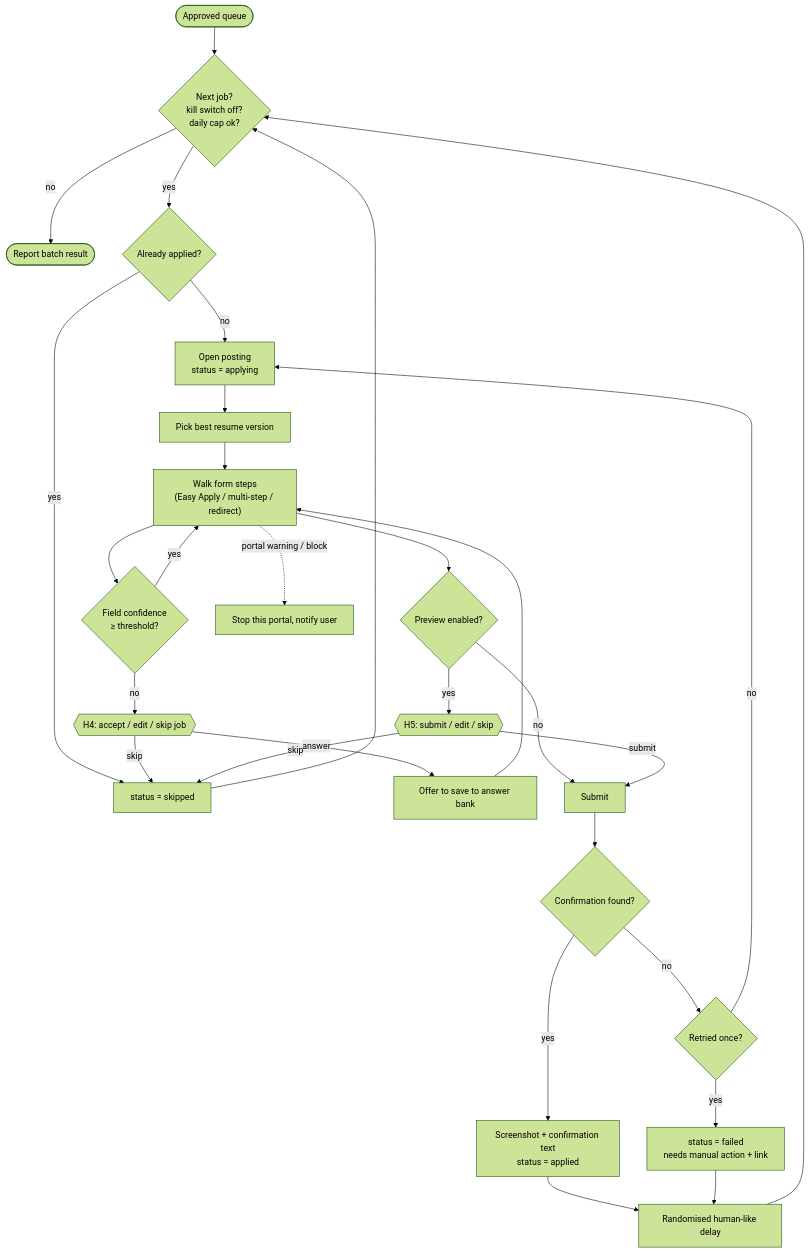
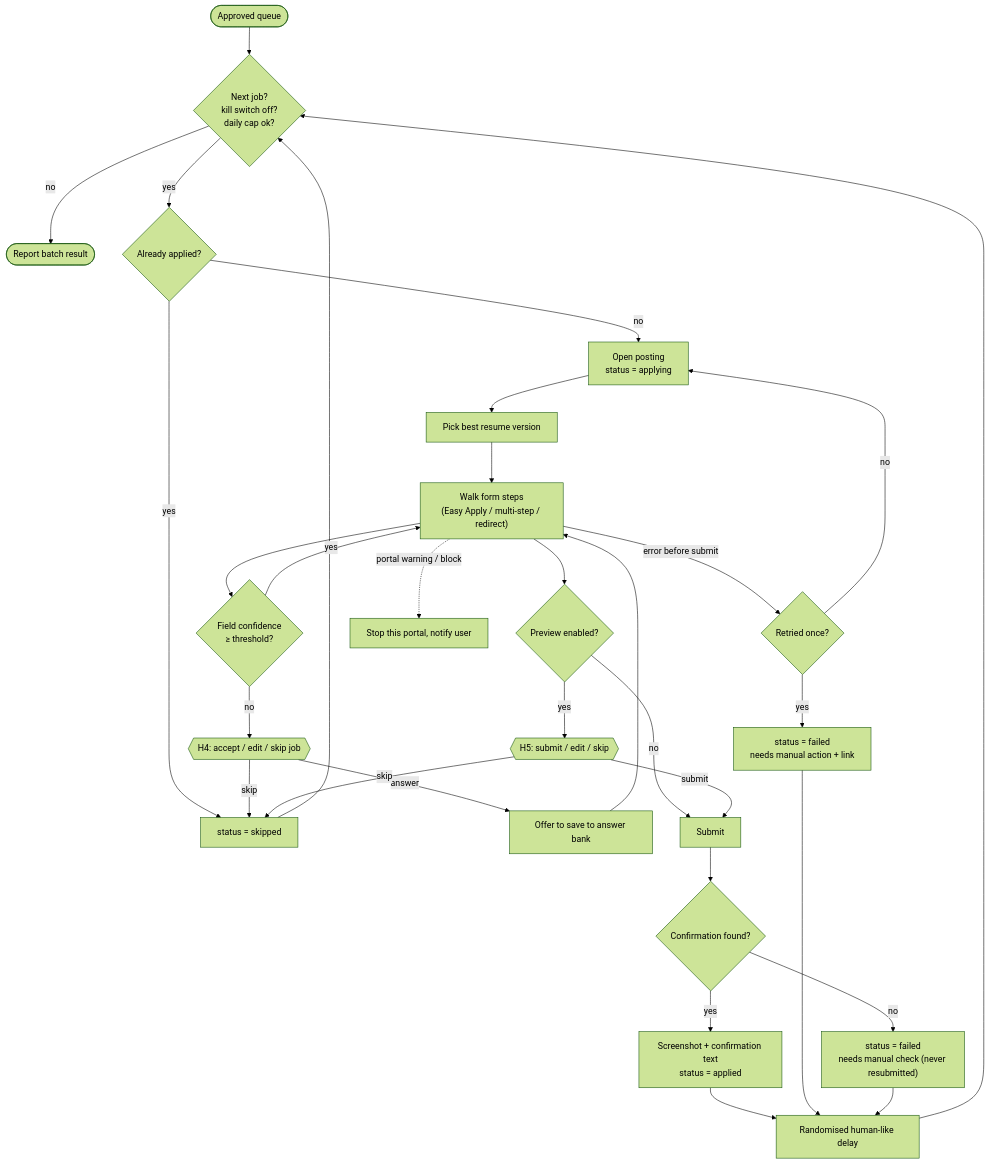
One commit to mjunedalam/JobPilot changed the diagram in docs/architecture/agents/06-application.md. Above: the diagram before and after it, drawn with Mermaid (forest theme). The commit also changed other lines of this file and 9 other files, not shown here.

````diff
--- a/docs/architecture/agents/06-application.md
+++ b/docs/architecture/agents/06-application.md
@@ -11,27 +11,28 @@
 ```mermaid
 flowchart TD
     Q(["Approved queue"]) --> NEXT{"Next job?<br/>kill switch off?<br/>daily cap ok?"}
     NEXT -- no --> DONE(["Report batch result"])
     NEXT -- yes --> DUP{"Already applied?"}
     DUP -- yes --> SKIP["status = skipped"] --> NEXT
     DUP -- no --> OPEN["Open posting<br/>status = applying"]
     OPEN --> RES["Pick best resume version"]
     RES --> FORM["Walk form steps<br/>(Easy Apply / multi-step / redirect)"]
     FORM --> FIELD{"Field confidence<br/>≥ threshold?"}
     FIELD -- no --> H4{{"H4: accept / edit / skip job"}}
     H4 -- skip --> SKIP
     H4 -- answer --> SAVEAB["Offer to save to answer bank"] --> FORM
     FIELD -- yes --> FORM
     FORM --> PREV{"Preview enabled?"}
     PREV -- yes --> H5{{"H5: submit / edit / skip"}}
     PREV -- no --> SUBMIT
     H5 -- submit --> SUBMIT["Submit"]
     H5 -- skip --> SKIP
     SUBMIT --> RES2{"Confirmation found?"}
     RES2 -- yes --> PROOF["Screenshot + confirmation text<br/>status = applied"]
-    RES2 -- no --> RETRY{"Retried once?"}
+    RES2 -- no --> UNCONF["status = failed<br/>needs manual check (never resubmitted)"]
+    FORM -- "error before submit" --> RETRY{"Retried once?"}
     RETRY -- no --> OPEN
     RETRY -- yes --> FAIL["status = failed<br/>needs manual action + link"]
-    PROOF & FAIL --> DELAY["Randomised human-like delay"] --> NEXT
+    PROOF & FAIL & UNCONF --> DELAY["Randomised human-like delay"] --> NEXT
     FORM -. "portal warning / block" .-> STOPP["Stop this portal, notify user"]
 ```
````
